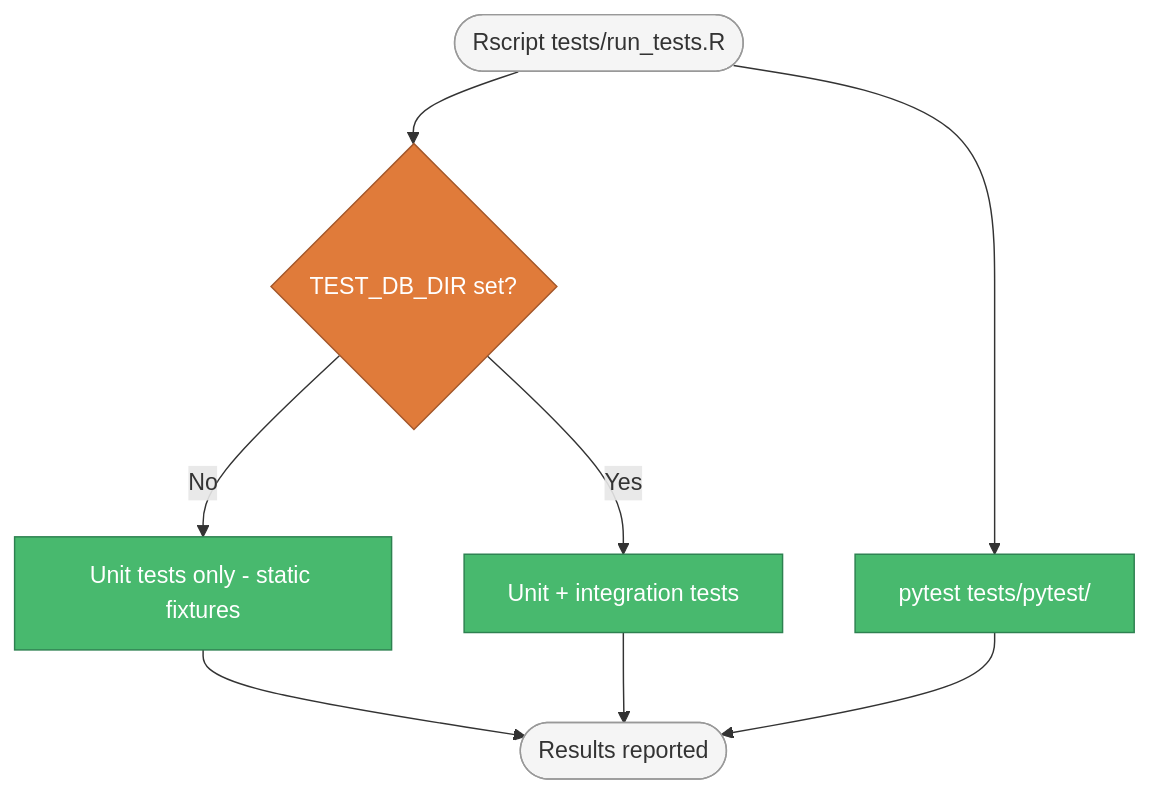
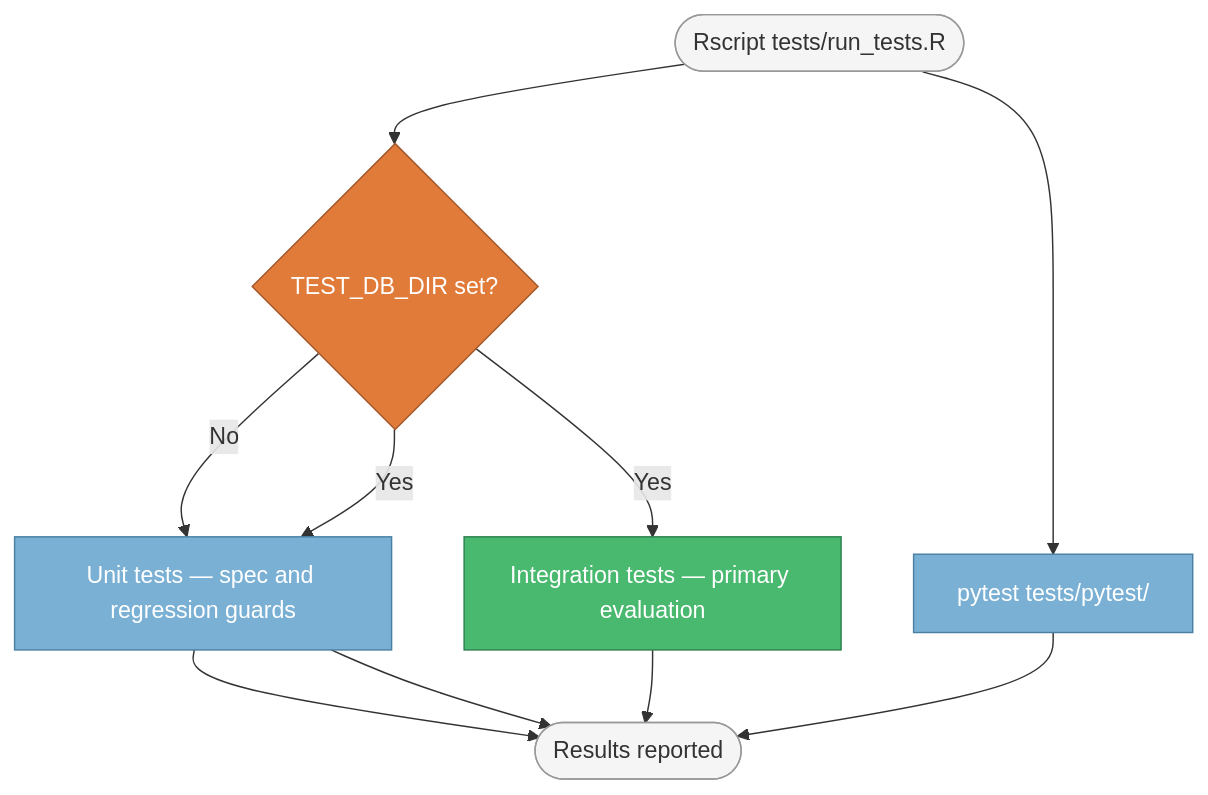
Before and after one commit to AndersenLab/nemascan-sims-nf: the diagram in docs/testing-integration.qmd, drawn with Mermaid. The commit also changed other lines of this file and 21 other files, not shown here.

Commit message:
Merge all compatible unit tests into integration test framework

````diff
--- a/docs/testing-integration.qmd
+++ b/docs/testing-integration.qmd
@@ -15,19 +18,21 @@
 ```{mermaid}
 %%{init: {'themeVariables': {'fontSize': '16px'}}}%%
 flowchart TD
-    classDef step fill:#48b96e,stroke:#2d8150,color:#fff
+    classDef primary fill:#48b96e,stroke:#2d8150,color:#fff
+    classDef supporting fill:#7ab0d4,stroke:#4a80a4,color:#fff
     classDef gate fill:#e07b3a,stroke:#a3572a,color:#fff
     classDef data fill:#f5f5f5,stroke:#999,color:#333
 
     A([Rscript tests/run_tests.R]):::data
     B{TEST_DB_DIR set?}:::gate
-    C[Unit tests only - static fixtures]:::step
-    D[Unit + integration tests]:::step
-    E[pytest tests/pytest/]:::step
+    C[Unit tests — spec and regression guards]:::supporting
+    D[Integration tests — primary evaluation]:::primary
+    E[pytest tests/pytest/]:::supporting
     F([Results reported]):::data
 
     A --> B
     B -- No --> C --> F
+    B -- Yes --> C --> F
     B -- Yes --> D --> F
     A --> E --> F
 ```
````
